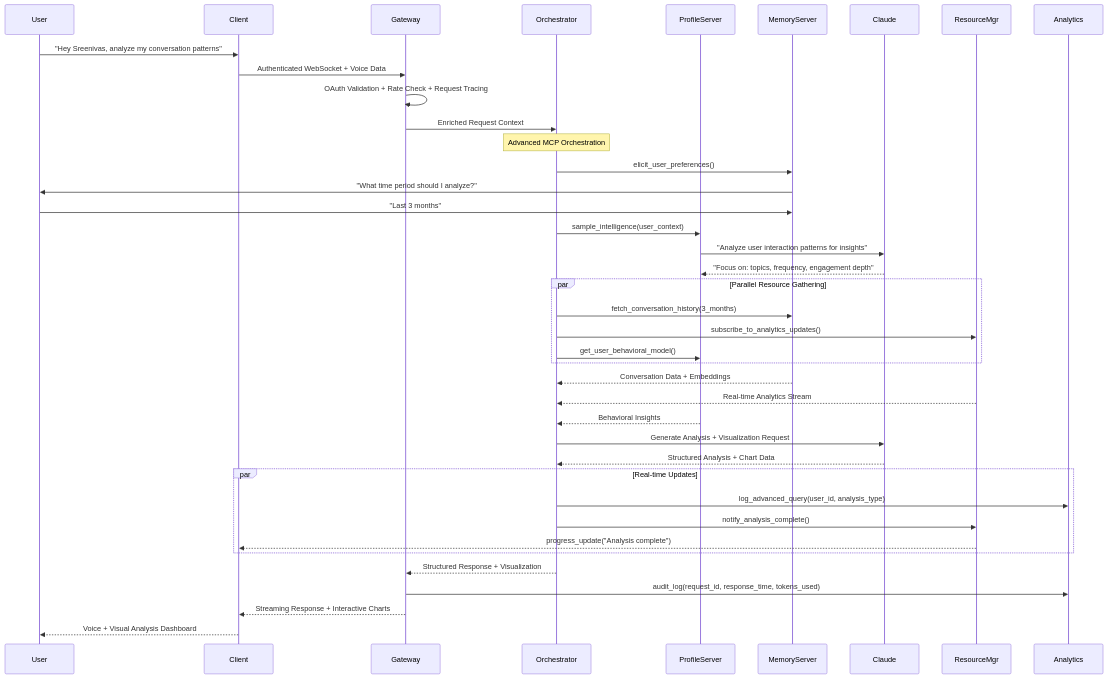
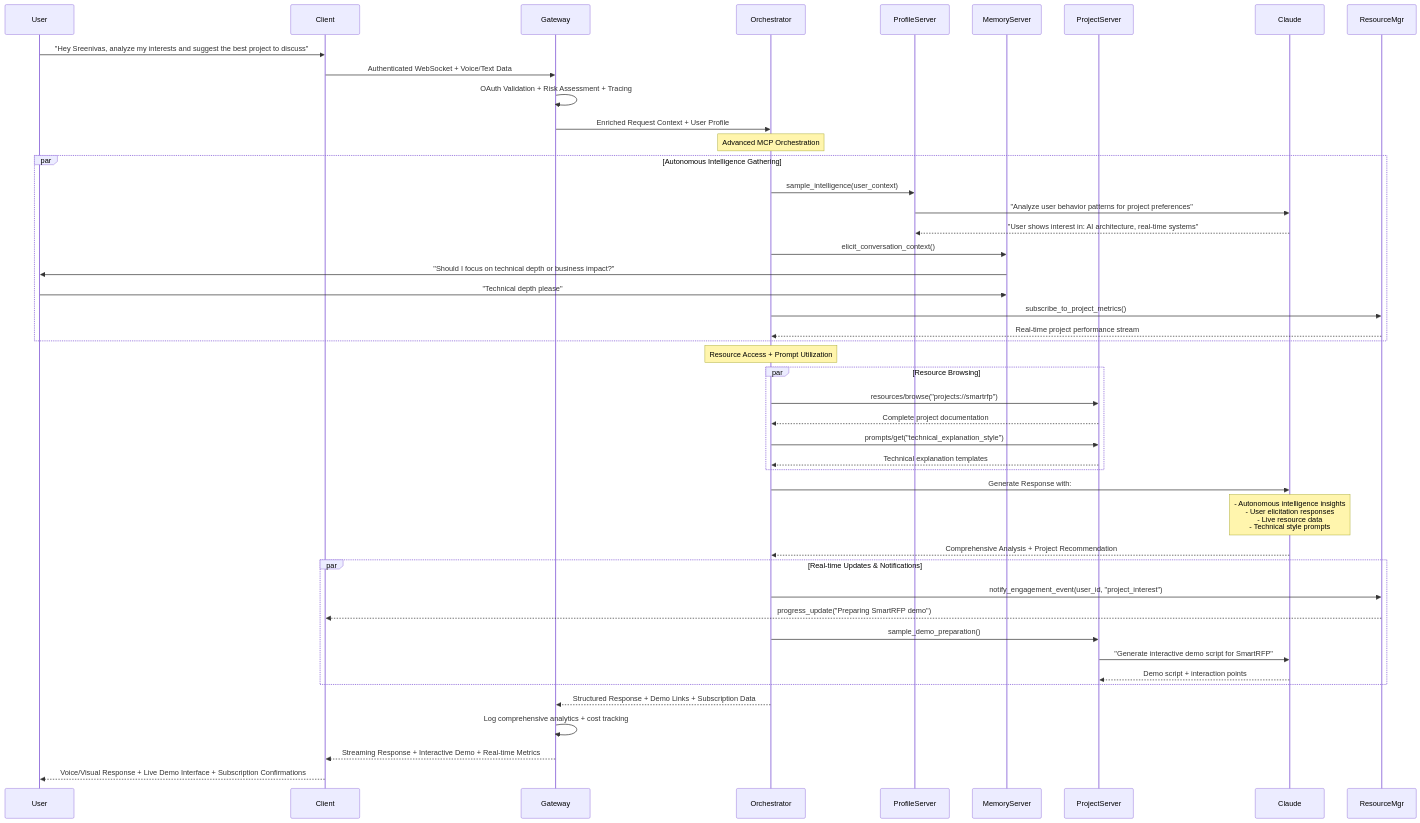
Before and after one commit to LSG-hub/Project-001: the second of 13 diagrams in README.md, drawn with Mermaid. The commit also changed other lines of this file, not shown here.

````diff
--- a/README.md
+++ b/README.md
@@ -174,51 +234,62 @@
 ```mermaid
 sequenceDiagram
     participant User
     participant Client
     participant Gateway
     participant Orchestrator
     participant ProfileServer
     participant MemoryServer
+    participant ProjectServer
     participant Claude
     participant ResourceMgr
-    participant Analytics
     
-    User->>Client: "Hey Sreenivas, analyze my conversation patterns"
-    Client->>Gateway: Authenticated WebSocket + Voice Data
+    User->>Client: "Hey Sreenivas, analyze my interests and suggest the best project to discuss"
+    Client->>Gateway: Authenticated WebSocket + Voice/Text Data
     
-    Gateway->>Gateway: OAuth Validation + Rate Check + Request Tracing
-    Gateway->>Orchestrator: Enriched Request Context
+    Gateway->>Gateway: OAuth Validation + Risk Assessment + Tracing
+    Gateway->>Orchestrator: Enriched Request Context + User Profile
     
     Note over Orchestrator: Advanced MCP Orchestration
-    Orchestrator->>MemoryServer: elicit_user_preferences()
-    MemoryServer->>User: "What time period should I analyze?"
-    User->>MemoryServer: "Last 3 months"
     
-    Orchestrator->>ProfileServer: sample_intelligence(user_context)
-    ProfileServer->>Claude: "Analyze user interaction patterns for insights"
-    Claude-->>ProfileServer: "Focus on: topics, frequency, engagement depth"
-    
-    par Parallel Resource Gathering
-        Orchestrator->>MemoryServer: fetch_conversation_history(3_months)
-        Orchestrator->>ResourceMgr: subscribe_to_analytics_updates()
-        Orchestrator->>ProfileServer: get_user_behavioral_model()
+    par Autonomous Intelligence Gathering
+        Orchestrator->>ProfileServer: sample_intelligence(user_context)
+        ProfileServer->>Claude: "Analyze user behavior patterns for project preferences"
+        Claude-->>ProfileServer: "User shows interest in: AI architecture, real-time systems"
+        
+        Orchestrator->>MemoryServer: elicit_conversation_context()
+        MemoryServer->>User: "Should I focus on technical depth or business impact?"
+        User->>MemoryServer: "Technical depth please"
+        
+        Orchestrator->>ResourceMgr: subscribe_to_project_metrics()
+        ResourceMgr-->>Orchestrator: Real-time project performance stream
     end
     
-    MemoryServer-->>Orchestrator: Conversation Data + Embeddings
-    ResourceMgr-->>Orchestrator: Real-time Analytics Stream
-    ProfileServer-->>Orchestrator: Behavioral Insights
+    Note over Orchestrator: Resource Access + Prompt Utilization
     
-    Orchestrator->>Claude: Generate Analysis + Visualization Request
-    Claude-->>Orchestrator: Structured Analysis + Chart Data
-    
-    par Real-time Updates
-        Orchestrator->>Analytics: log_advanced_query(user_id, analysis_type)
-        Orchestrator->>ResourceMgr: notify_analysis_complete()
-        ResourceMgr-->>Client: progress_update("Analysis complete")
+    par Resource Browsing
+        Orchestrator->>ProjectServer: resources/browse("projects://smartrfp")
+        ProjectServer-->>Orchestrator: Complete project documentation
+        
+        Orchestrator->>ProjectServer: prompts/get("technical_explanation_style")
+        ProjectServer-->>Orchestrator: Technical explanation templates
     end
     
-    Orchestrator-->>Gateway: Structured Response + Visualization
-    Gateway->>Analytics: audit_log(request_id, response_time, tokens_used)
-    Gateway-->>Client: Streaming Response + Interactive Charts
-    Client-->>User: Voice + Visual Analysis Dashboard
+    Orchestrator->>Claude: Generate Response with:
+    Note over Claude: - Autonomous intelligence insights<br/>- User elicitation responses<br/>- Live resource data<br/>- Technical style prompts
+    
+    Claude-->>Orchestrator: Comprehensive Analysis + Project Recommendation
+    
+    par Real-time Updates & Notifications
+        Orchestrator->>ResourceMgr: notify_engagement_event(user_id, "project_interest")
+        ResourceMgr-->>Client: progress_update("Preparing SmartRFP demo")
+        
+        Orchestrator->>ProjectServer: sample_demo_preparation()
+        ProjectServer->>Claude: "Generate interactive demo script for SmartRFP"
+        Claude-->>ProjectServer: Demo script + interaction points
+    end
+    
+    Orchestrator-->>Gateway: Structured Response + Demo Links + Subscription Data
+    Gateway->>Gateway: Log comprehensive analytics + cost tracking
+    Gateway-->>Client: Streaming Response + Interactive Demo + Real-time Metrics
+    Client-->>User: Voice/Visual Response + Live Demo Interface + Subscription Confirmations
 ```
````
